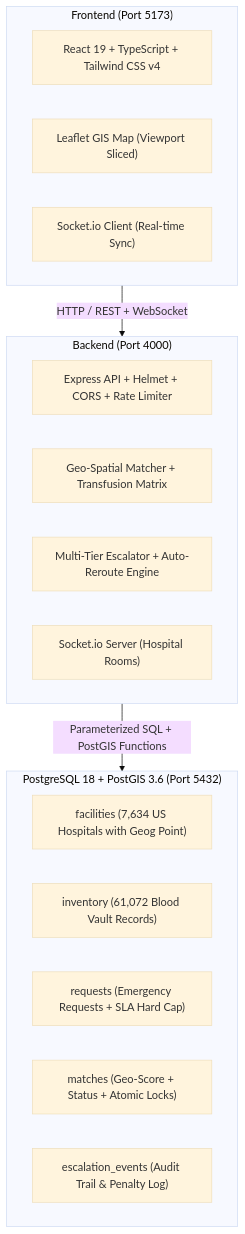
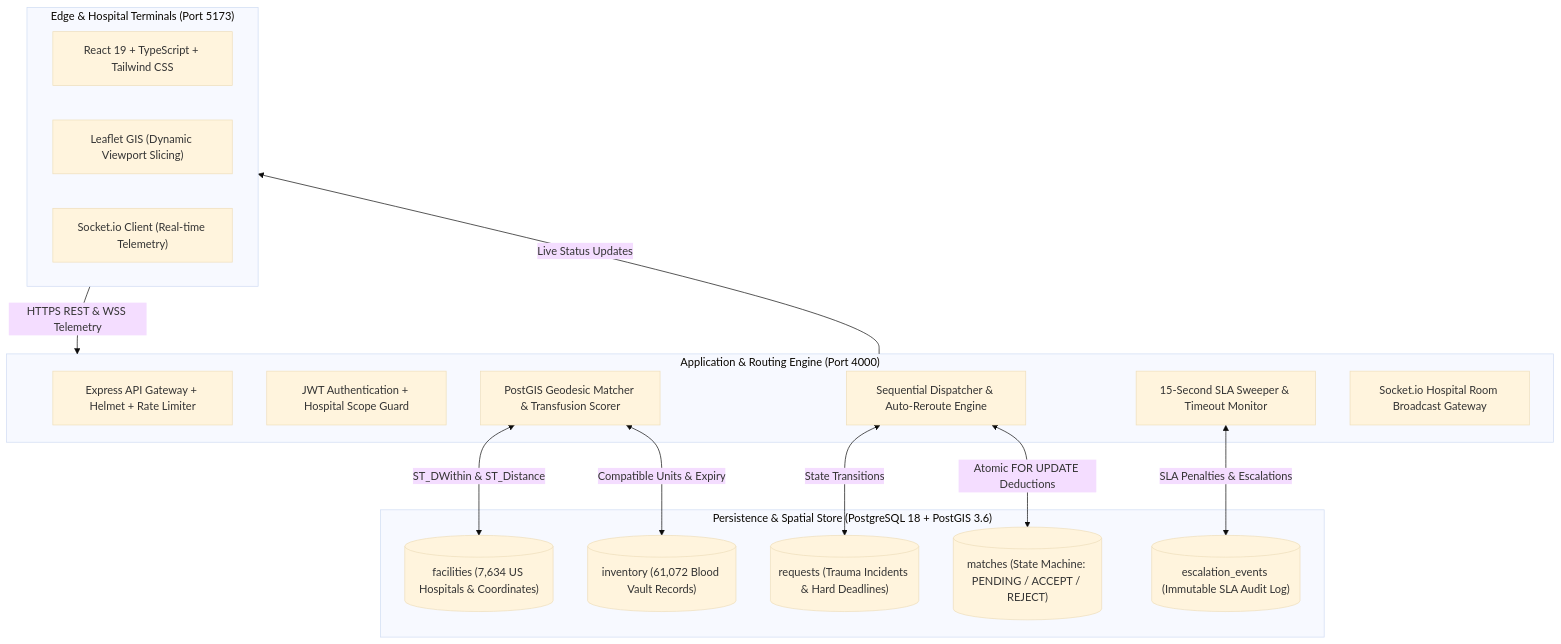
One commit to saicharan26263/HemaGrid changed the diagram in README.md. Above: the diagram before and after it, drawn with Mermaid (base theme). The commit also changed other lines of this file, not shown here.

````diff
--- a/README.md
+++ b/README.md
@@ -98,26 +30,33 @@
 ```mermaid
 flowchart TD
-    subgraph Client["Frontend (Port 5173)"]
-        UI["React 19 + TypeScript + Tailwind CSS v4"]
-        LeafletMap["Leaflet GIS Map (Viewport Sliced)"]
-        SocketClient["Socket.io Client (Real-time Sync)"]
+    subgraph ClientLayer["Edge & Hospital Terminals (Port 5173)"]
+        UI["React 19 + TypeScript + Tailwind CSS"]
+        LeafletGIS["Leaflet GIS (Dynamic Viewport Slicing)"]
+        SocketClient["Socket.io Client (Real-time Telemetry)"]
     end
 
-    subgraph Server["Backend (Port 4000)"]
-        ExpressApp["Express API + Helmet + CORS + Rate Limiter"]
-        Matcher["Geo-Spatial Matcher + Transfusion Matrix"]
-        Escalation["Multi-Tier Escalator + Auto-Reroute Engine"]
-        SocketServer["Socket.io Server (Hospital Rooms)"]
+    subgraph APILayer["Application & Routing Engine (Port 4000)"]
+        Express["Express API Gateway + Helmet + Rate Limiter"]
+        AuthMiddleware["JWT Authentication + Hospital Scope Guard"]
+        SpatialMatcher["PostGIS Geodesic Matcher & Transfusion Scorer"]
+        EscalationEngine["Sequential Dispatcher & Auto-Reroute Engine"]
+        SweeperCron["15-Second SLA Sweeper & Timeout Monitor"]
+        SocketGateway["Socket.io Hospital Room Broadcast Gateway"]
     end
 
-    subgraph Database["PostgreSQL 18 + PostGIS 3.6 (Port 5432)"]
-        Facilities["facilities (7,634 US Hospitals with Geog Point)"]
-        Inventory["inventory (61,072 Blood Vault Records)"]
-        Requests["requests (Emergency Requests + SLA Hard Cap)"]
-        Matches["matches (Geo-Score + Status + Atomic Locks)"]
-        EscalationEvents["escalation_events (Audit Trail & Penalty Log)"]
+    subgraph DataLayer["Persistence & Spatial Store (PostgreSQL 18 + PostGIS 3.6)"]
+        FacilitiesTbl[("facilities (7,634 US Hospitals & Coordinates)")]
+        InventoryTbl[("inventory (61,072 Blood Vault Records)")]
+        RequestsTbl[("requests (Trauma Incidents & Hard Deadlines)")]
+        MatchesTbl[("matches (State Machine: PENDING / ACCEPT / REJECT)")]
+        AuditTbl[("escalation_events (Immutable SLA Audit Log)")]
     end
 
-    Client -->|HTTP / REST + WebSocket| Server
-    Server -->|Parameterized SQL + PostGIS Functions| Database
+    ClientLayer -->|HTTPS REST & WSS Telemetry| APILayer
+    SpatialMatcher <-->|ST_DWithin & ST_Distance| FacilitiesTbl
+    SpatialMatcher <-->|Compatible Units & Expiry| InventoryTbl
+    EscalationEngine <-->|Atomic FOR UPDATE Deductions| MatchesTbl
+    EscalationEngine <-->|State Transitions| RequestsTbl
+    SweeperCron <-->|SLA Penalties & Escalations| AuditTbl
+    APILayer -->|Live Status Updates| ClientLayer
 ```
````
